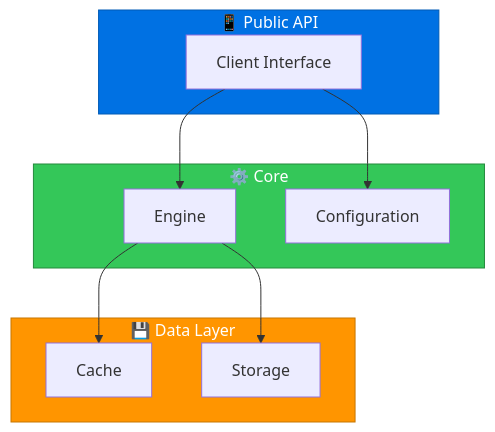
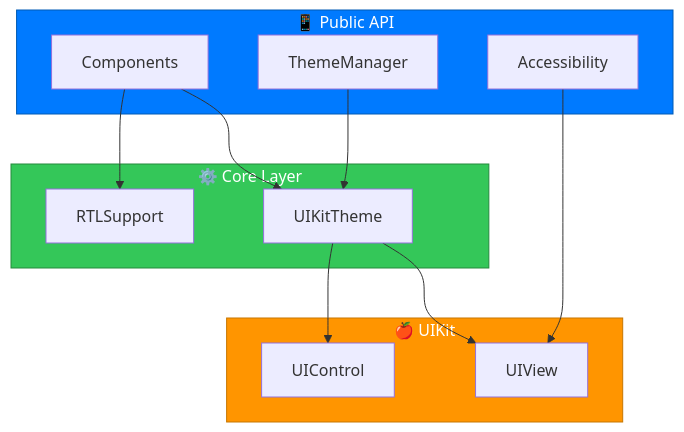
The diagram in README.md (muhittincamdali/iOSUIComponents), drawn with Mermaid before and after one commit. The commit also changed other lines of this file and 12 other files, not shown here.

First line of the commit message:
feat: add 50+ production-ready UIKit components

````diff
--- a/README.md
+++ b/README.md
@@ -444,21 +823,25 @@
 ```mermaid
 graph TB
     subgraph Public["📱 Public API"]
-        A[Client Interface]
+        A[Components]
+        B[ThemeManager]
+        C[Accessibility]
     end
-    subgraph Core["⚙️ Core"]
-        B[Engine]
-        C[Configuration]
+    subgraph Core["⚙️ Core Layer"]
+        D[UIKitTheme]
+        E[RTLSupport]
     end
-    subgraph Data["💾 Data Layer"]
-        D[Cache]
-        E[Storage]
+    subgraph UIKit["🍎 UIKit"]
+        F[UIView]
+        G[UIControl]
     end
-    A --> B
-    A --> C
+    A --> D
+    A --> E
     B --> D
-    B --> E
-    style Public fill:#0071E3,stroke:#005BB5,color:#fff
+    C --> F
+    D --> F
+    D --> G
+    style Public fill:#007AFF,stroke:#005BB5,color:#fff
     style Core fill:#34C759,stroke:#248A3D,color:#fff
-    style Data fill:#FF9500,stroke:#C77600,color:#fff
+    style UIKit fill:#FF9500,stroke:#C77600,color:#fff
 ```
````
